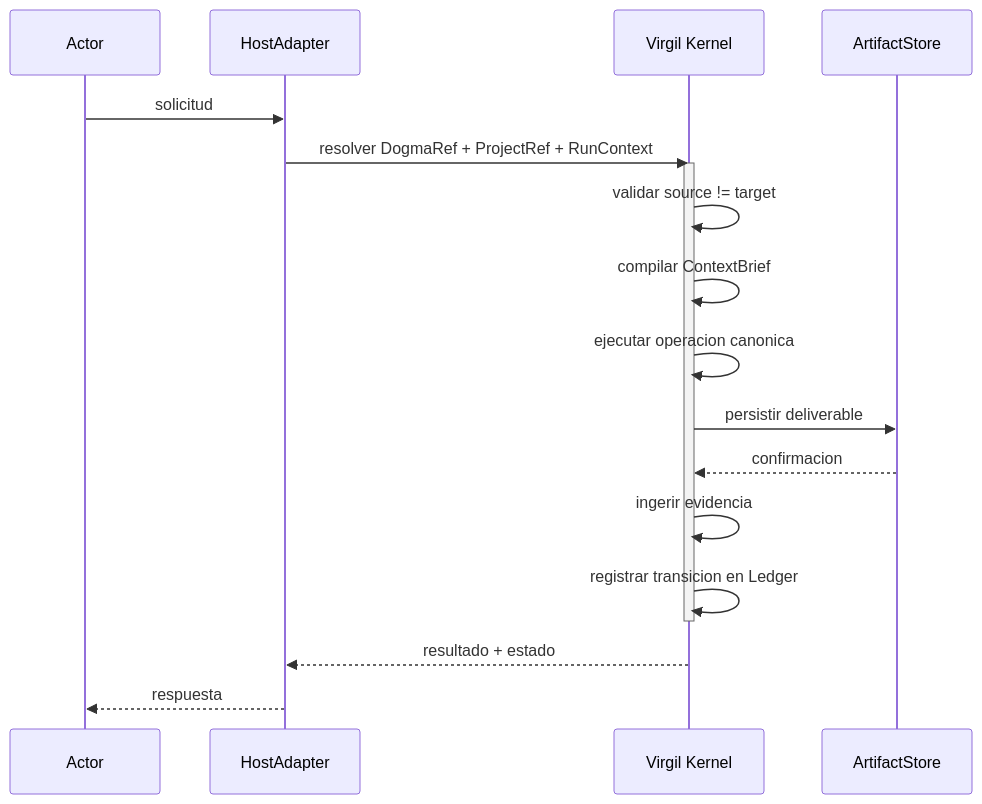
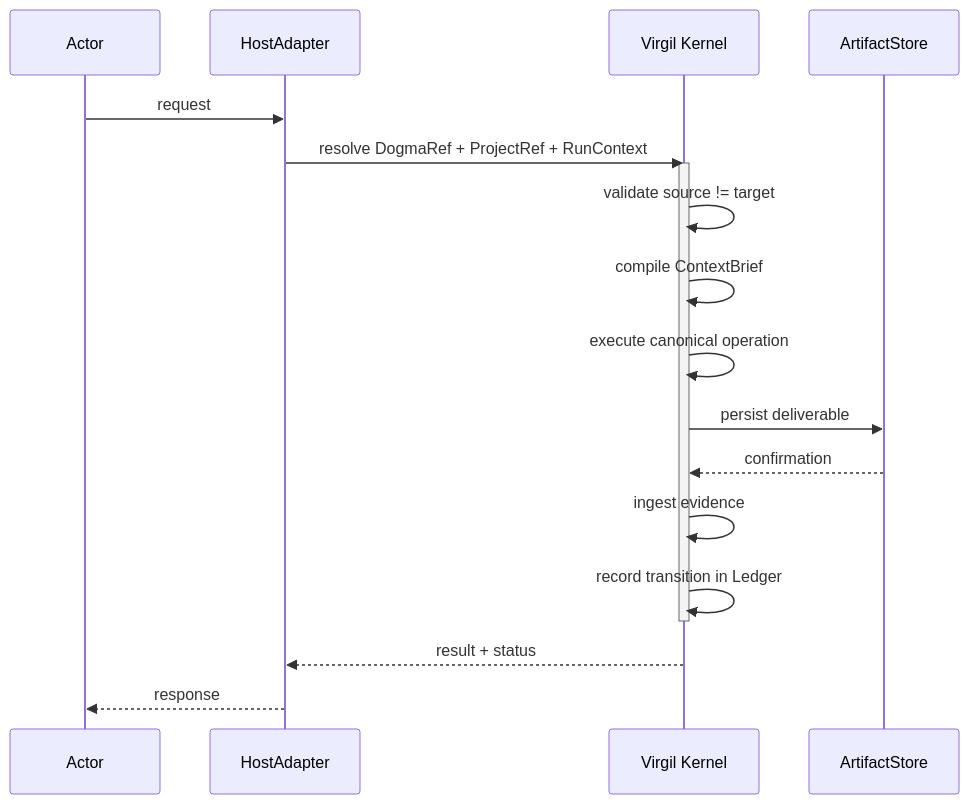
Before and after one commit to virgenherrera/virgil: the diagram in principia/sections/06-invocation-flow.md, drawn with Mermaid. The commit also changed other lines of this file and 42 other files, not shown here.

````diff
--- a/principia/sections/06-invocation-flow.md
+++ b/principia/sections/06-invocation-flow.md
@@ -29,23 +29,23 @@
 ```mermaid
 sequenceDiagram
     participant ACT as Actor
     participant HA as HostAdapter
     participant VK as Virgil Kernel
     participant SA as ArtifactStore
 
-    ACT->>HA: solicitud
-    HA->>VK: resolver DogmaRef + ProjectRef + RunContext
+    ACT->>HA: request
+    HA->>VK: resolve DogmaRef + ProjectRef + RunContext
 
     activate VK
-    VK->>VK: validar source != target
-    VK->>VK: compilar ContextBrief
-    VK->>VK: ejecutar operacion canonica
-    VK->>SA: persistir deliverable
-    SA-->>VK: confirmacion
-    VK->>VK: ingerir evidencia
-    VK->>VK: registrar transicion en Ledger
+    VK->>VK: validate source != target
+    VK->>VK: compile ContextBrief
+    VK->>VK: execute canonical operation
+    VK->>SA: persist deliverable
+    SA-->>VK: confirmation
+    VK->>VK: ingest evidence
+    VK->>VK: record transition in Ledger
     deactivate VK
 
-    VK-->>HA: resultado + estado
-    HA-->>ACT: respuesta
+    VK-->>HA: result + status
+    HA-->>ACT: response
 ```
````
